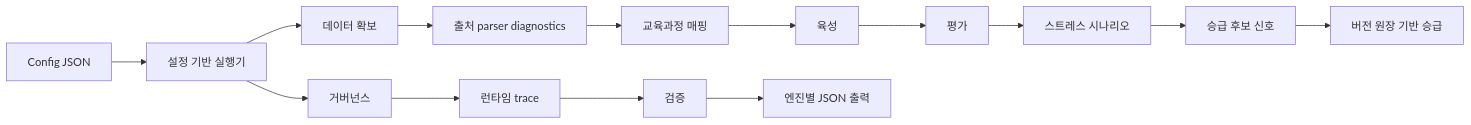
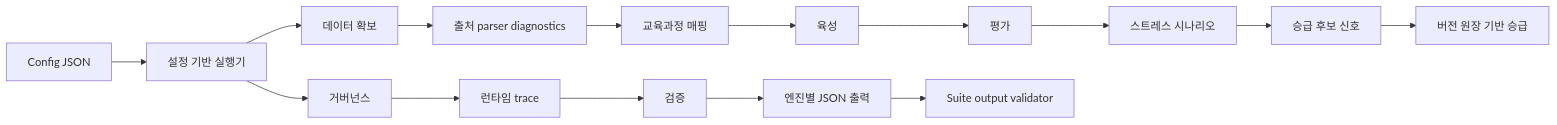
Before and after one commit to sinmb79/22b-paideia-engines: the diagram in README.ko.md, drawn with Mermaid. The commit also changed other lines of this file and 19 other files, not shown here.

Commit message:
feat: add phase 10 suite output validator

````diff
--- a/README.ko.md
+++ b/README.ko.md
@@ -24,16 +25,17 @@
 ```mermaid
 flowchart LR
     Config["Config JSON"] --> Runner["설정 기반 실행기"]
     Runner --> Data["데이터 확보"]
     Data --> Parser["출처 parser diagnostics"]
     Parser --> Curriculum["교육과정 매핑"]
     Curriculum --> Cultivation["육성"]
     Cultivation --> Assessment["평가"]
     Assessment --> Stress["스트레스 시나리오"]
     Stress --> Signal["승급 후보 신호"]
     Signal --> Promotion["버전 원장 기반 승급"]
     Runner --> Governance["거버넌스"]
     Governance --> Runtime["런타임 trace"]
     Runtime --> Verification["검증"]
     Verification --> Outputs["엔진별 JSON 출력"]
+    Outputs --> Validator["Suite output validator"]
 ```
````
